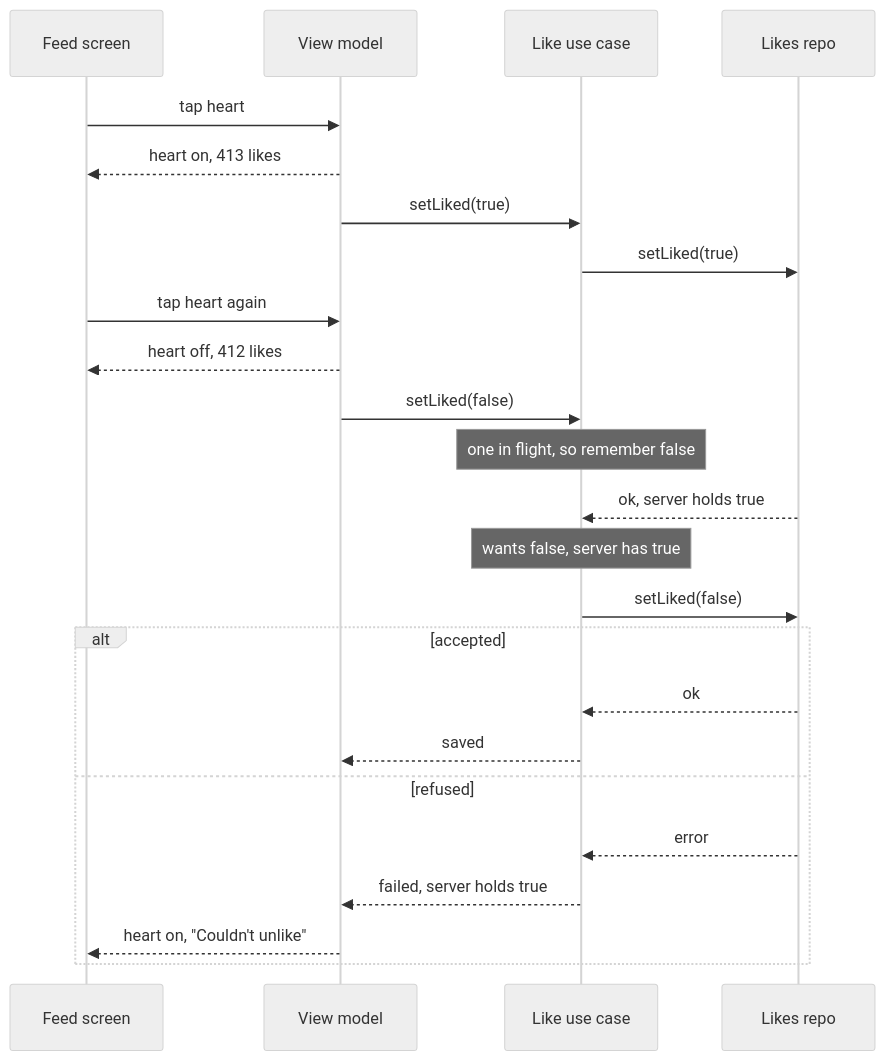
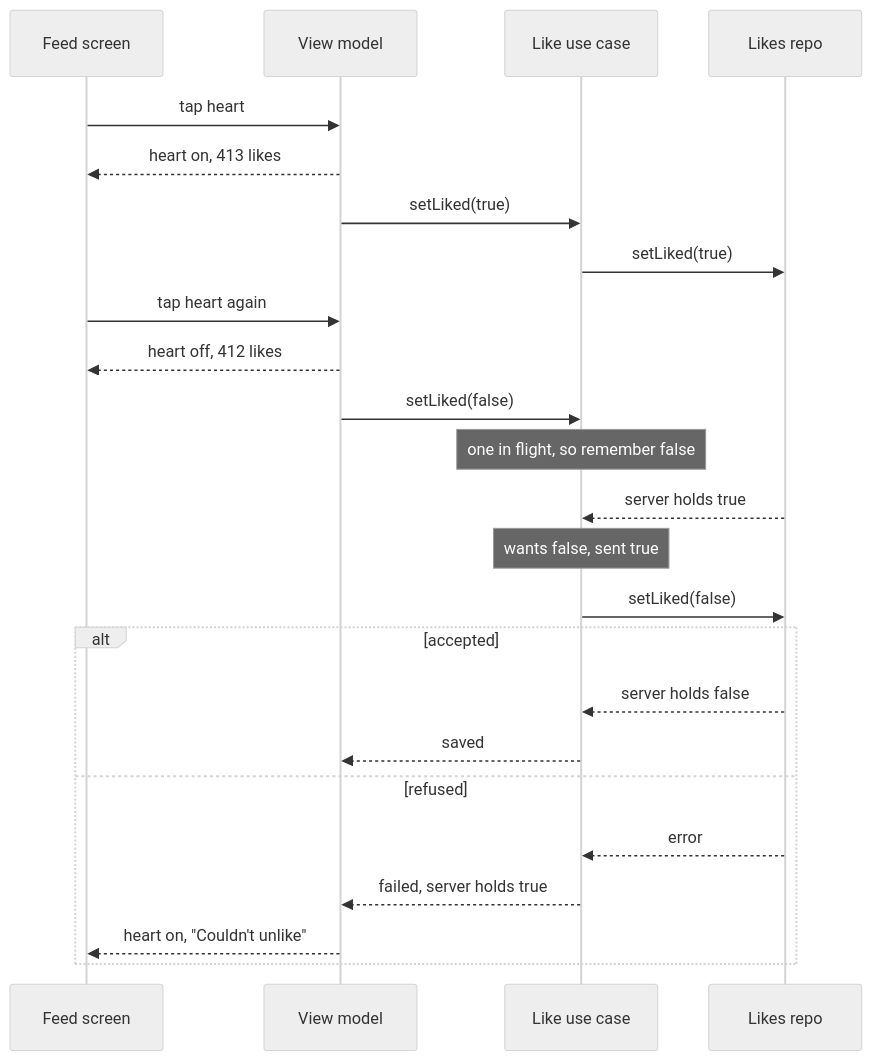
Before and after one commit to rezabina86/reference-desk: the third of 3 diagrams in topics/system-design/02-infinite-photo-feed.md, drawn with Mermaid (neutral theme). The commit also changed other lines of this file and 19 other files, not shown here.

````diff
--- a/topics/system-design/02-infinite-photo-feed.md
+++ b/topics/system-design/02-infinite-photo-feed.md
@@ -382,26 +415,26 @@
 ```mermaid
 sequenceDiagram
   participant V as Feed screen
   participant VM as View model
   participant U as Like use case
   participant L as Likes repo
   V->>VM: tap heart
   VM-->>V: heart on, 413 likes
   VM->>U: setLiked(true)
   U->>L: setLiked(true)
   V->>VM: tap heart again
   VM-->>V: heart off, 412 likes
   VM->>U: setLiked(false)
   Note over U: one in flight, so remember false
-  L-->>U: ok, server holds true
-  Note over U: wants false, server has true
+  L-->>U: server holds true
+  Note over U: wants false, sent true
   U->>L: setLiked(false)
   alt accepted
-    L-->>U: ok
+    L-->>U: server holds false
     U-->>VM: saved
   else refused
     L-->>U: error
     U-->>VM: failed, server holds true
     VM-->>V: heart on, "Couldn't unlike"
   end
 ```
````
